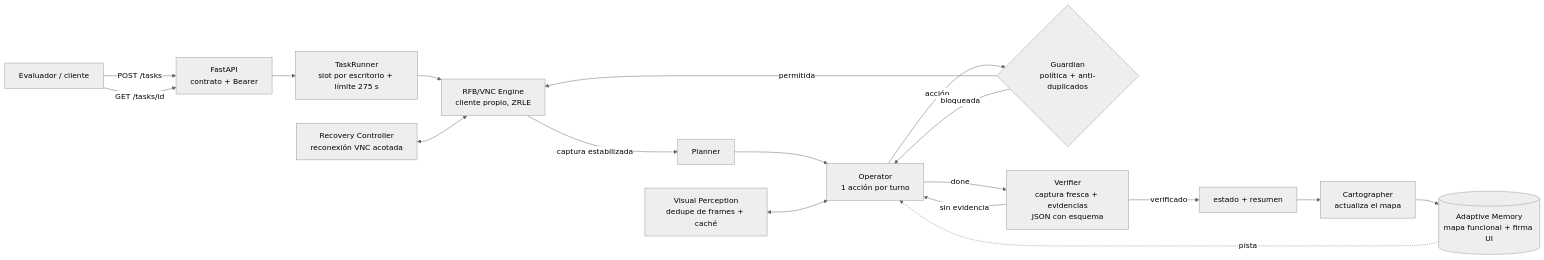
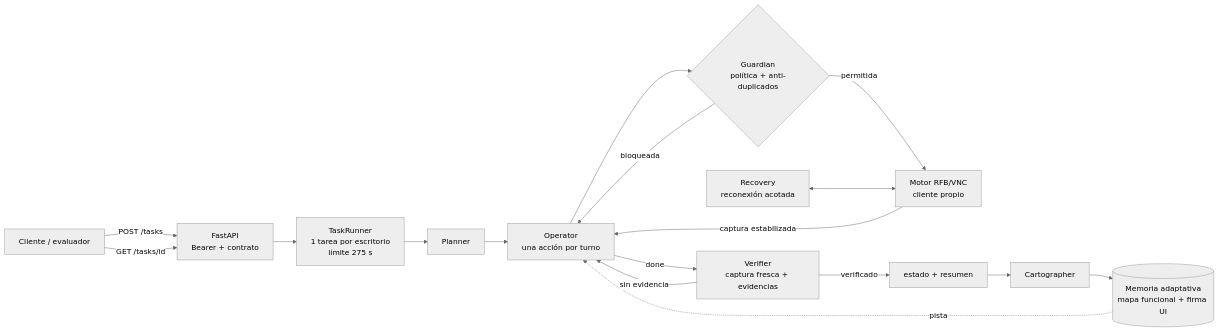
The diagram in README.md (jpablortiz96/APRENDIZ), drawn with Mermaid (neutral theme) before and after one commit. The commit also changed other lines of this file and 2 other files, not shown here.

````diff
--- a/README.md
+++ b/README.md
@@ -26,19 +60,18 @@
 ```mermaid
 flowchart LR
-    EV[Evaluador / cliente] -->|POST /tasks| API[FastAPI<br/>contrato + Bearer]
-    API --> TR[TaskRunner<br/>slot por escritorio + límite 275 s]
-    TR --> RFB[RFB/VNC Engine<br/>cliente propio, ZRLE]
-    RFB -->|captura estabilizada| PL[Planner]
-    PL --> OP[Operator<br/>1 acción por turno]
-    MEM[(Adaptive Memory<br/>mapa funcional + firma UI)] -.pista.-> OP
-    OP -->|acción| GU{Guardian<br/>política + anti-duplicados}
-    GU -->|permitida| RFB
+    C[Cliente / evaluador] -->|POST /tasks| API[FastAPI<br/>Bearer + contrato]
+    API --> TR[TaskRunner<br/>1 tarea por escritorio<br/>límite 275 s]
+    TR --> PL[Planner]
+    PL --> OP[Operator<br/>una acción por turno]
+    MEM[(Memoria adaptativa<br/>mapa funcional + firma UI)] -.pista.-> OP
+    OP --> GU{Guardian<br/>política + anti-duplicados}
+    GU -->|permitida| RFB[Motor RFB/VNC<br/>cliente propio]
     GU -->|bloqueada| OP
-    RC[Recovery Controller<br/>reconexión VNC acotada] <--> RFB
-    VP[Visual Perception<br/>dedupe de frames + caché] <--> OP
-    OP -->|done| VE[Verifier<br/>captura fresca + evidencias<br/>JSON con esquema]
-    VE -->|verificado| FIN[estado + resumen]
+    RFB -->|captura estabilizada| OP
+    RC[Recovery<br/>reconexión acotada] <--> RFB
+    OP -->|done| VE[Verifier<br/>captura fresca + evidencias]
     VE -->|sin evidencia| OP
-    FIN --> CA[Cartographer<br/>actualiza el mapa] --> MEM
-    EV -->|GET /tasks/id| API
+    VE -->|verificado| OUT[estado + resumen]
+    OUT --> CA[Cartographer] --> MEM
+    C -->|GET /tasks/id| API
 ```
````
